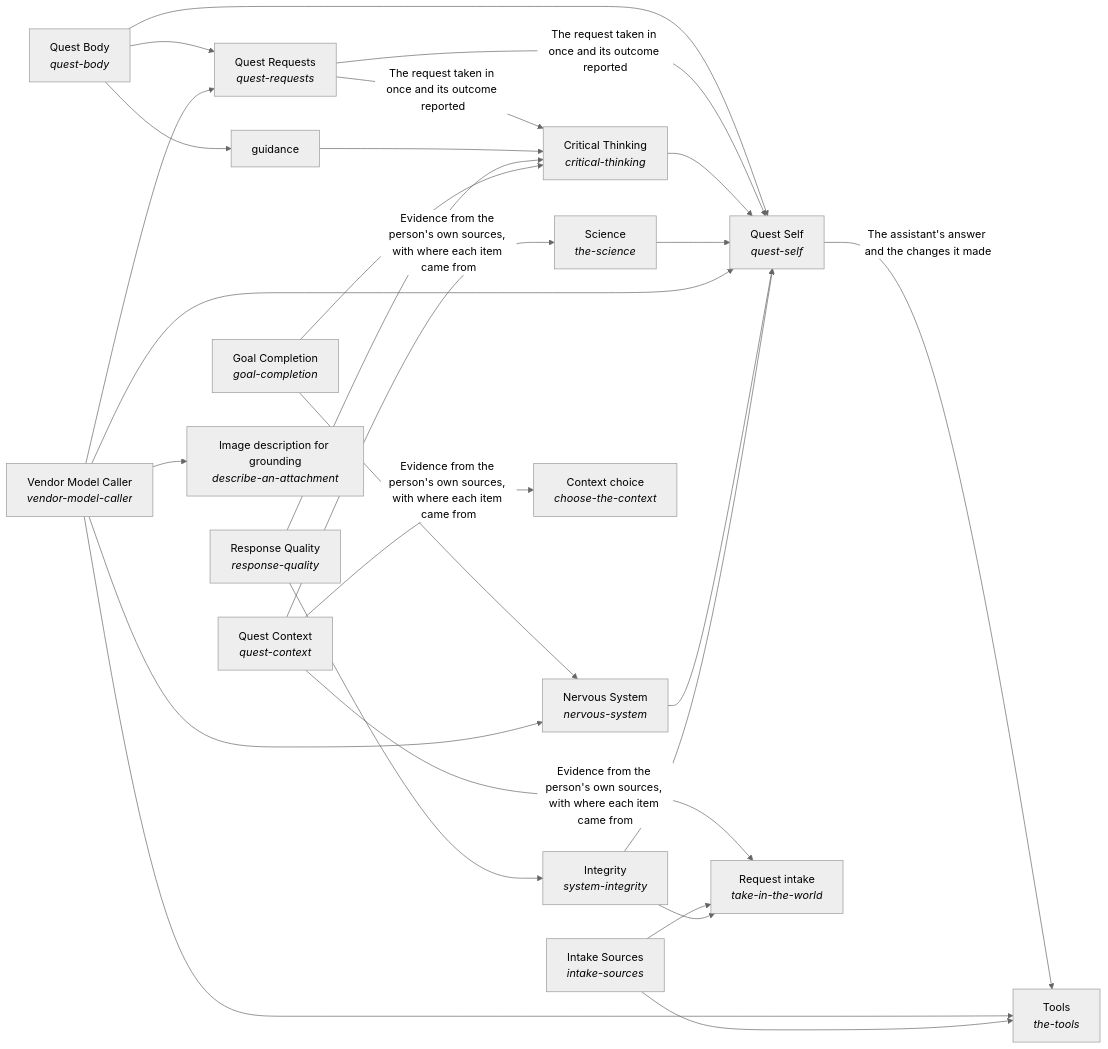
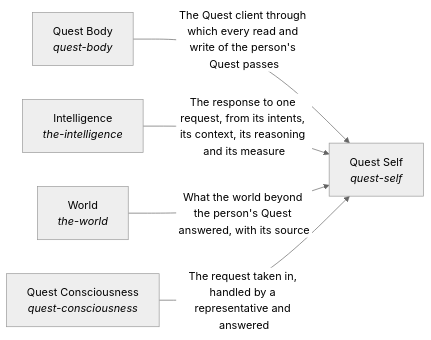
Before and after one commit to SpiritualData/quest-ai-runner: the diagram in esoi/diagram.md, drawn with Mermaid (neutral theme). The commit also changed other lines of this file and 29 other files, not shown here.

````diff
--- a/esoi/diagram.md
+++ b/esoi/diagram.md
@@ -9,46 +9,12 @@
 ```mermaid
 flowchart LR
-    s0["Integrity<br/><i>system-integrity</i>"]
-    s1["Intake Sources<br/><i>intake-sources</i>"]
-    s2["Nervous System<br/><i>nervous-system</i>"]
-    s3["Vendor Model Caller<br/><i>vendor-model-caller</i>"]
-    s4["Science<br/><i>the-science</i>"]
-    s5["Critical Thinking<br/><i>critical-thinking</i>"]
-    s6["Goal Completion<br/><i>goal-completion</i>"]
-    s7["Response Quality<br/><i>response-quality</i>"]
-    s8["guidance"]
-    s9["Tools<br/><i>the-tools</i>"]
-    s10["Quest Context<br/><i>quest-context</i>"]
-    s11["Quest Requests<br/><i>quest-requests</i>"]
-    s12["Quest Self<br/><i>quest-self</i>"]
-    s13["Quest Body<br/><i>quest-body</i>"]
-    s14["Image description for grounding<br/><i>describe-an-attachment</i>"]
-    s15["Request intake<br/><i>take-in-the-world</i>"]
-    s16["Context choice<br/><i>choose-the-context</i>"]
-    s0 --> s12
-    s0 --> s15
-    s1 --> s9
-    s1 --> s15
-    s2 --> s12
-    s3 --> s2
-    s3 --> s9
-    s3 --> s11
-    s3 --> s12
-    s3 --> s14
-    s4 --> s12
-    s5 --> s12
-    s6 --> s2
-    s6 --> s5
-    s7 --> s0
-    s7 --> s5
-    s8 --> s5
-    s10 -->|"Evidence from the person's own sources, with where each item came from"| s4
-    s10 -->|"Evidence from the person's own sources, with where each item came from"| s15
-    s10 -->|"Evidence from the person's own sources, with where each item came from"| s16
-    s11 -->|"The request taken in once and its outcome reported"| s5
-    s11 -->|"The request taken in once and its outcome reported"| s12
-    s12 -->|"The assistant's answer and the changes it made"| s9
-    s13 --> s8
-    s13 --> s11
-    s13 --> s12
+    s0["Quest Self<br/><i>quest-self</i>"]
+    s1["Quest Body<br/><i>quest-body</i>"]
+    s2["Intelligence<br/><i>the-intelligence</i>"]
+    s3["World<br/><i>the-world</i>"]
+    s4["Quest Consciousness<br/><i>quest-consciousness</i>"]
+    s1 -->|"The Quest client through which every read and write of the person's Quest passes"| s0
+    s2 -->|"The response to one request, from its intents, its context, its reasoning and its measure"| s0
+    s3 -->|"What the world beyond the person's Quest answered, with its source"| s0
+    s4 -->|"The request taken in, handled by a representative and answered"| s0
 ```
````
